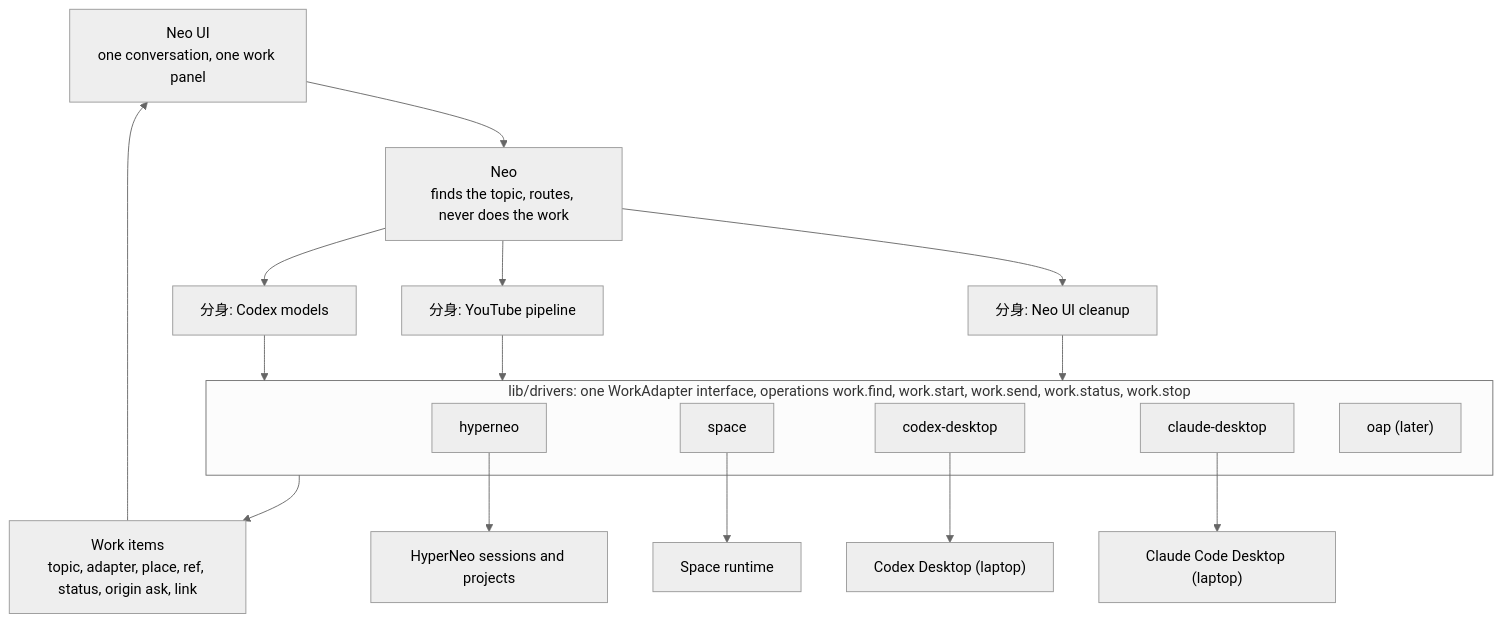
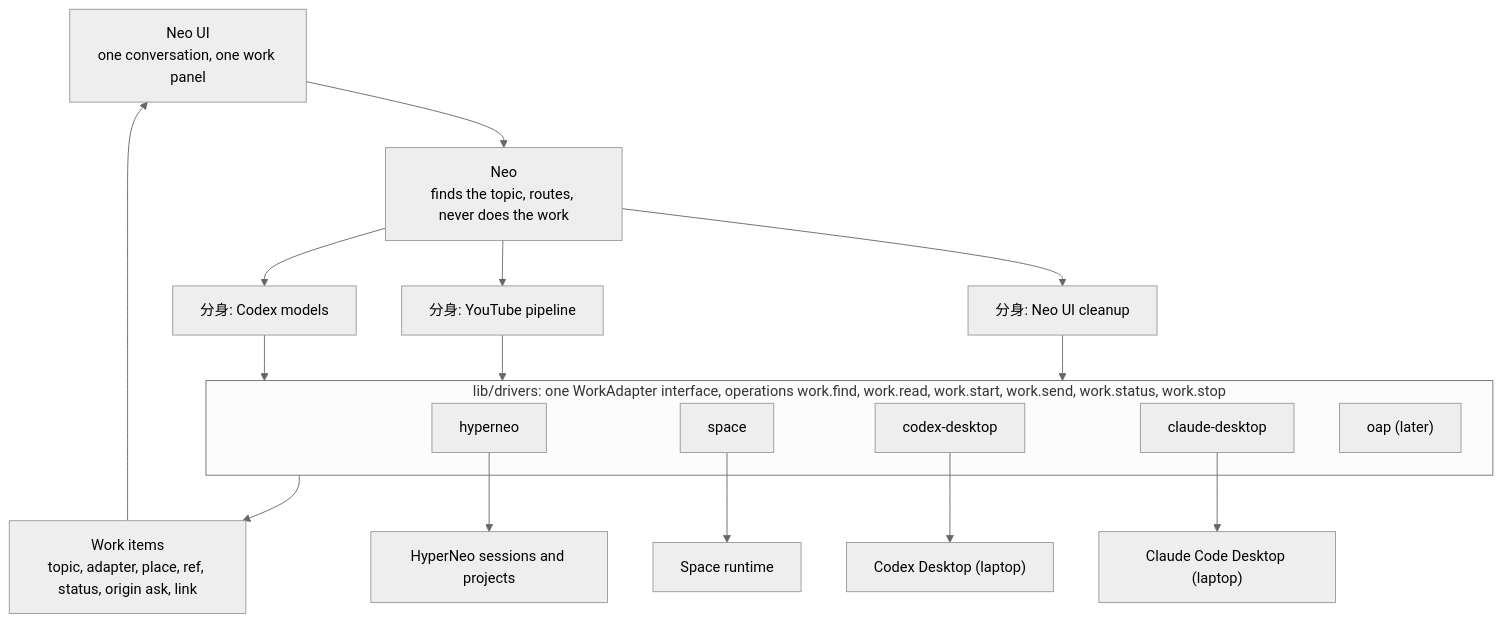
Before and after one commit to lsm/HyperNeo: the first of 11 diagrams in docs/architecture/neo-driver-model.md, drawn with Mermaid (neutral theme). The commit also changed 1 other file, not shown here.

Commit message:
docs: list work.read in the driver model and word its around source

````diff
--- a/docs/architecture/neo-driver-model.md
+++ b/docs/architecture/neo-driver-model.md
@@ -27,23 +27,23 @@
 ```mermaid
 flowchart TD
   UI["Neo UI<br/>one conversation, one work panel"] --> Neo["Neo<br/>finds the topic, routes, never does the work"]
   Neo --> H1["分身: Neo UI cleanup"]
   Neo --> H2["分身: YouTube pipeline"]
   Neo --> H3["分身: Codex models"]
-  subgraph Drivers["lib/drivers: one WorkAdapter interface, operations work.find, work.start, work.send, work.status, work.stop"]
+  subgraph Drivers["lib/drivers: one WorkAdapter interface, operations work.find, work.read, work.start, work.send, work.status, work.stop"]
     A1["hyperneo"]
     A2["space"]
     A3["codex-desktop"]
     A4["claude-desktop"]
     A5["oap (later)"]
   end
   H1 --> Drivers
   H2 --> Drivers
   H3 --> Drivers
   A1 --> B1["HyperNeo sessions and projects"]
   A2 --> B2["Space runtime"]
   A3 --> B3["Codex Desktop (laptop)"]
   A4 --> B4["Claude Code Desktop (laptop)"]
   Drivers --> W["Work items<br/>topic, adapter, place, ref, status, origin ask, link"]
   W --> UI
 ```
````
